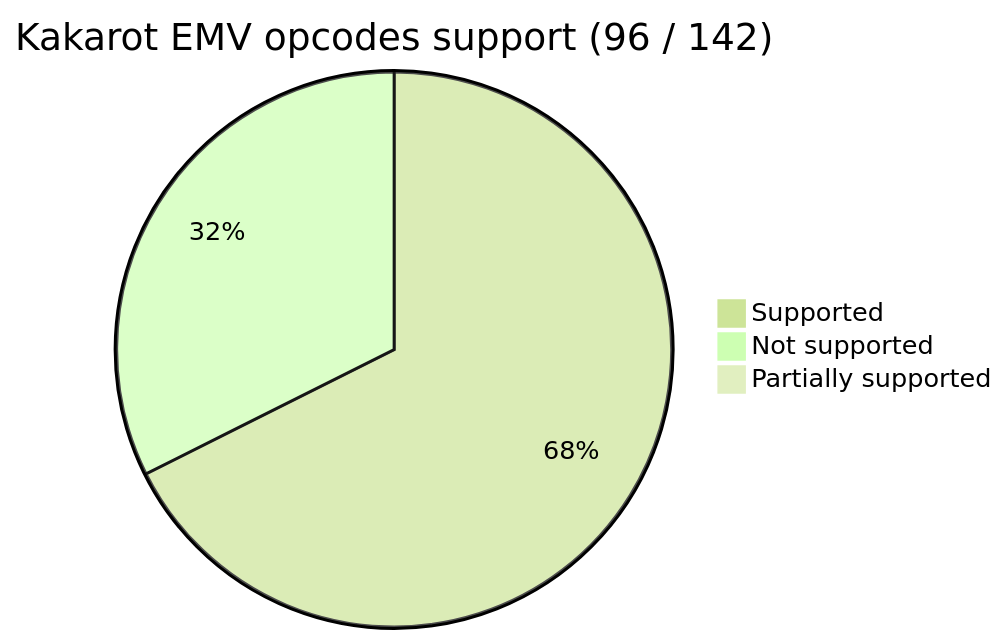
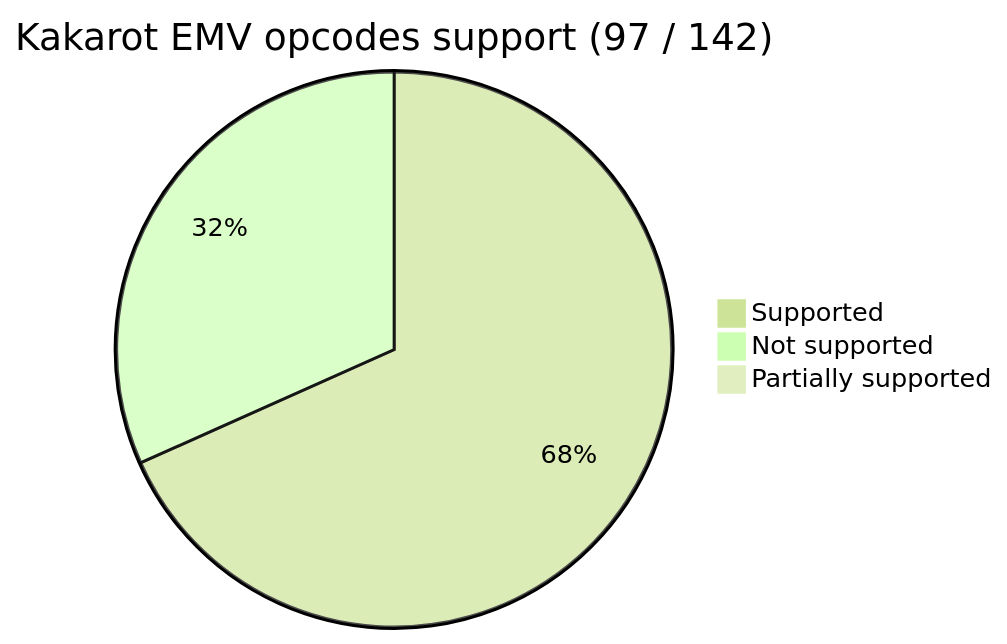
The first of 2 diagrams in README.md (kkrt-labs/kakarot), drawn with Mermaid before and after one commit. The commit also changed 4 other files, not shown here.

````diff
--- a/README.md
+++ b/README.md
@@ -40,9 +40,9 @@
 ```mermaid
 %%{init: {'theme': 'forest', 'themeVariables': { 'darkMode': 'false'}}}%%
 
-pie title Kakarot EMV opcodes support (96 / 142)
-    "Supported" : 96
-    "Not supported" : 46
+pie title Kakarot EMV opcodes support (97 / 142)
+    "Supported" : 97
+    "Not supported" : 45
 
     "Partially supported" : 0
 ```
````
